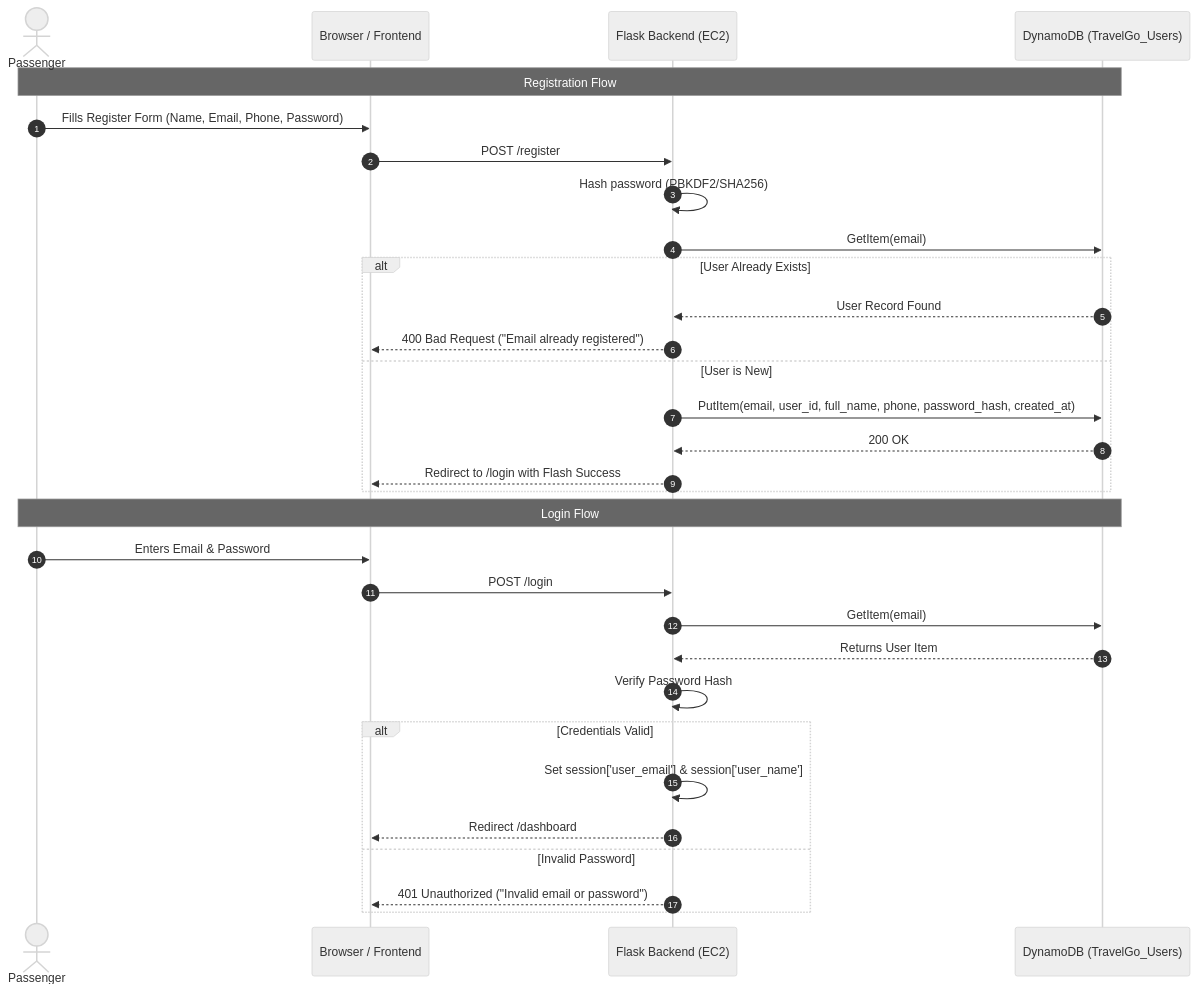
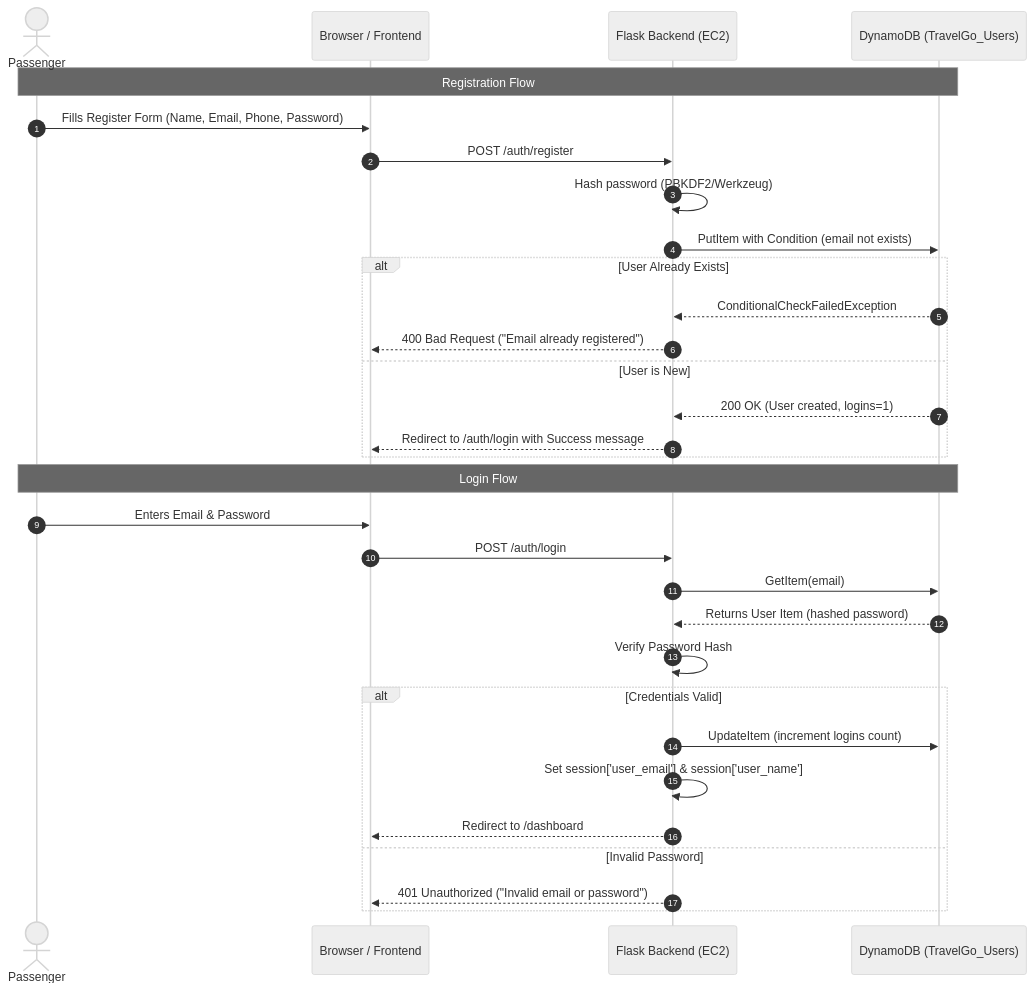
The second of 4 diagrams in docs/PROJECT_FLOW.md (pragati0609/TravelGo-App), drawn with Mermaid (neutral theme) before and after one commit. The commit also changed other lines of this file and 18 other files, not shown here.

````diff
--- a/docs/PROJECT_FLOW.md
+++ b/docs/PROJECT_FLOW.md
@@ -19,35 +42,35 @@
 ```mermaid
 sequenceDiagram
     autonumber
     actor User as Passenger
     participant UI as Browser / Frontend
     participant App as Flask Backend (EC2)
     participant DDB as DynamoDB (TravelGo_Users)
 
     Note over User, DDB: Registration Flow
     User->>UI: Fills Register Form (Name, Email, Phone, Password)
-    UI->>App: POST /register
-    App->>App: Hash password (PBKDF2/SHA256)
-    App->>DDB: GetItem(email)
+    UI->>App: POST /auth/register
+    App->>App: Hash password (PBKDF2/Werkzeug)
+    App->>DDB: PutItem with Condition (email not exists)
     alt User Already Exists
-        DDB-->>App: User Record Found
+        DDB-->>App: ConditionalCheckFailedException
         App-->>UI: 400 Bad Request ("Email already registered")
     else User is New
-        App->>DDB: PutItem(email, user_id, full_name, phone, password_hash, created_at)
-        DDB-->>App: 200 OK
-        App-->>UI: Redirect to /login with Flash Success
+        DDB-->>App: 200 OK (User created, logins=1)
+        App-->>UI: Redirect to /auth/login with Success message
     end
 
     Note over User, DDB: Login Flow
     User->>UI: Enters Email & Password
-    UI->>App: POST /login
+    UI->>App: POST /auth/login
     App->>DDB: GetItem(email)
-    DDB-->>App: Returns User Item
+    DDB-->>App: Returns User Item (hashed password)
     App->>App: Verify Password Hash
     alt Credentials Valid
+        App->>DDB: UpdateItem (increment logins count)
         App->>App: Set session['user_email'] & session['user_name']
-        App-->>UI: Redirect /dashboard
+        App-->>UI: Redirect to /dashboard
     else Invalid Password
         App-->>UI: 401 Unauthorized ("Invalid email or password")
     end
 ```
````
